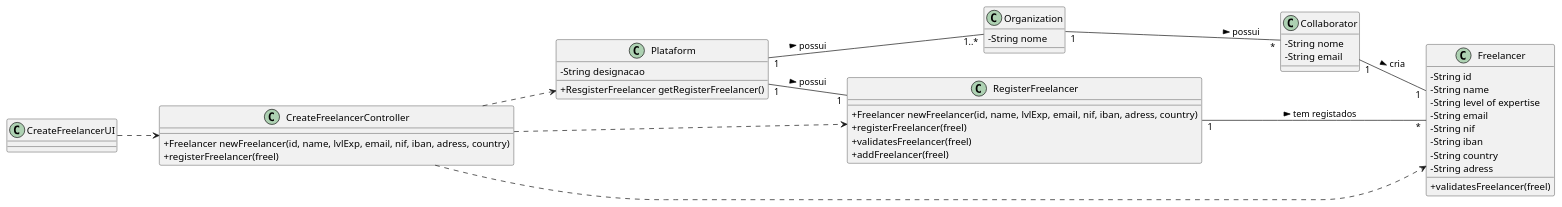
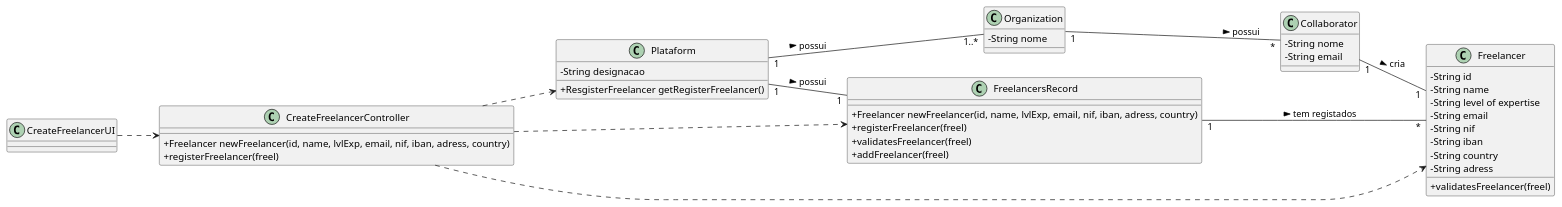
The diagram in docs/UC1 - Create Freelancer/UC1_CD.puml (pedrolemos4/LAPR2), drawn with PlantUML before and after one commit. The commit also changed 9 other files, not shown here.

```diff
--- a/docs/UC1 - Create Freelancer/UC1_CD.puml
+++ b/docs/UC1 - Create Freelancer/UC1_CD.puml
@@ -1,66 +1,66 @@
 @startuml
 skinparam classAttributeIconSize 0
 
 left to right direction
 
 class CreateFreelancerUI {
     
 }
 
 class CreateFreelancerController {
   +Freelancer newFreelancer(id, name, lvlExp, email, nif, iban, adress, country)
   +registerFreelancer(freel) 
 }
 
 class Plataform {
   -String designacao
   +ResgisterFreelancer getRegisterFreelancer()
 }
 
-class RegisterFreelancer {
+class FreelancersRecord {
   +Freelancer newFreelancer(id, name, lvlExp, email, nif, iban, adress, country)
   +registerFreelancer(freel)
   +validatesFreelancer(freel)
   +addFreelancer(freel)
   
 }
 
 class Freelancer {
   -String id
   -String name
   -String level of expertise
   -String email
   -String nif
   -String iban
   -String country
   -String adress
   +validatesFreelancer(freel)
 }
 
 class Collaborator {
   -String nome
   -String email
 }
 
 class Organization {
   -String nome 
 }
 
 
 
 Organization "1" -- "*" Collaborator : possui >
 
 Collaborator "1" -- "1" Freelancer : cria >
 
 Plataform "1" -- "1..*" Organization : possui >
-Plataform "1" -- "1" RegisterFreelancer : possui >
+Plataform "1" -- "1" FreelancersRecord : possui >
 
 CreateFreelancerUI ..> CreateFreelancerController
 CreateFreelancerController ..> Plataform
-CreateFreelancerController ..> RegisterFreelancer
+CreateFreelancerController ..> FreelancersRecord
 CreateFreelancerController ..> Freelancer
 
-RegisterFreelancer "1" -- "*" Freelancer : tem registados >
+FreelancersRecord "1" -- "*" Freelancer : tem registados >
 
 
 @enduml
```
